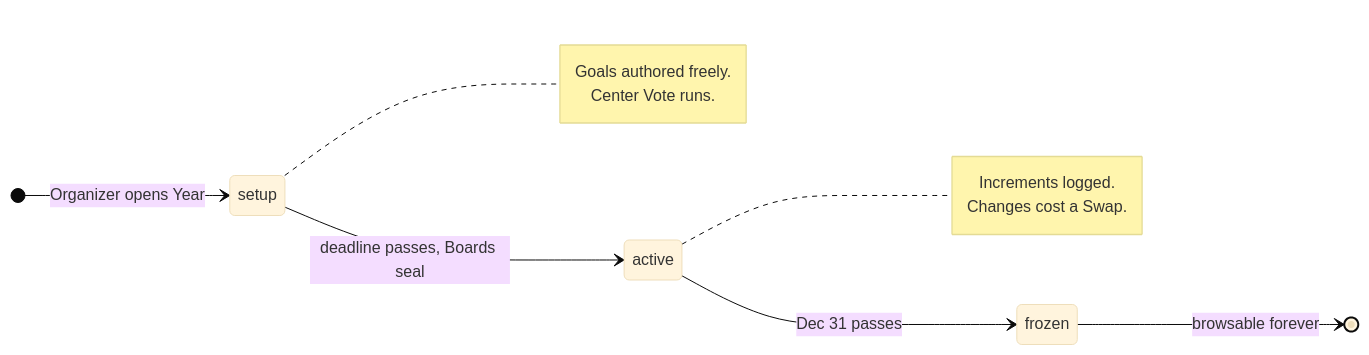
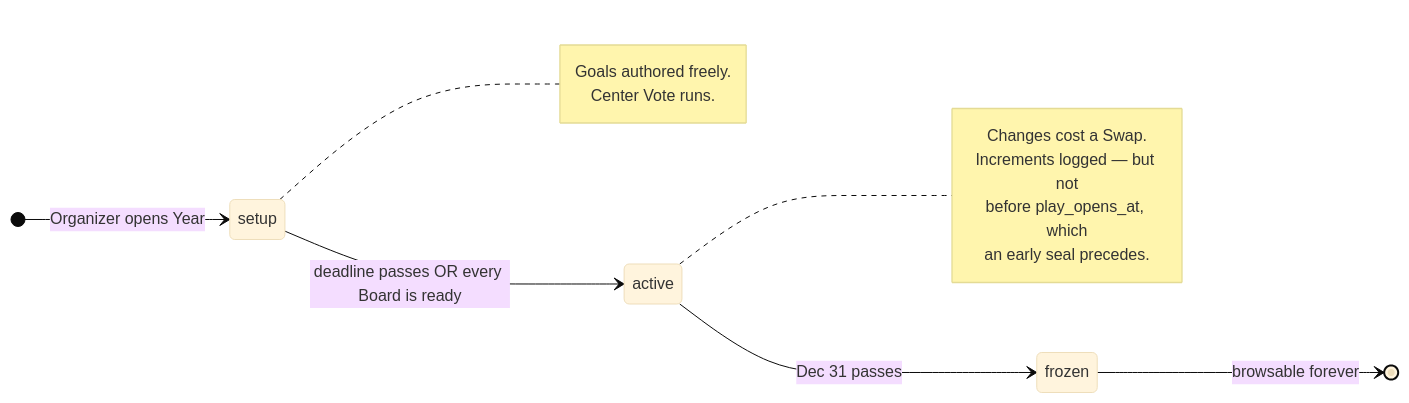
Before and after one commit to DerekHertz/family-bingo: the third of 4 diagrams in docs/schema.md, drawn with Mermaid (base theme). The commit also changed other lines of this file and 36 other files, not shown here.

````diff
--- a/docs/schema.md
+++ b/docs/schema.md
@@ -551,16 +561,18 @@
 ```mermaid
 stateDiagram-v2
     direction LR
     [*] --> setup : Organizer opens Year
-    setup --> active : deadline passes, Boards seal
+    setup --> active : deadline passes OR every Board is ready
     active --> frozen : Dec 31 passes
     frozen --> [*] : browsable forever
     note right of setup
         Goals authored freely.
         Center Vote runs.
     end note
     note right of active
-        Increments logged.
         Changes cost a Swap.
+        Increments logged — but not
+        before play_opens_at, which
+        an early seal precedes.
     end note
 ```
````
